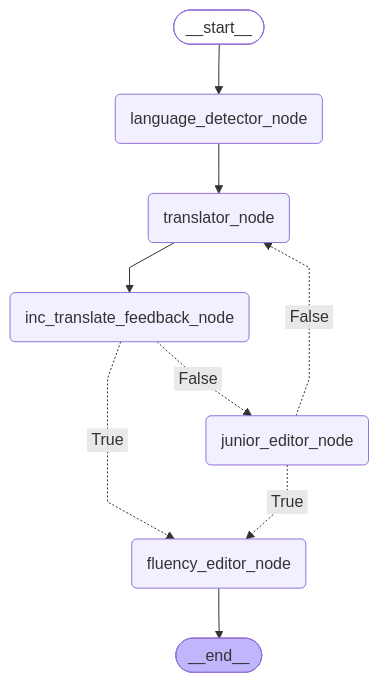
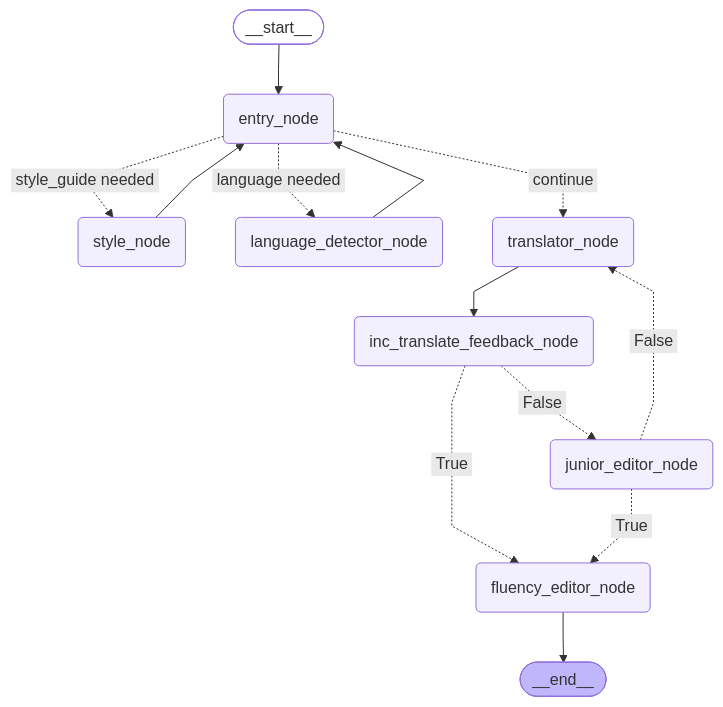
The diagram in workflow_graph.md (dargem/BabbleFishv2), drawn with Mermaid before and after one commit. The commit also changed 4 other files, not shown here.

````diff
--- a/workflow_graph.md
+++ b/workflow_graph.md
@@ -3,27 +3,33 @@
 ```mermaid
 ---
 config:
   flowchart:
     curve: linear
 ---
 graph TD;
 	__start__([<p>__start__</p>]):::first
+	entry_node(entry_node)
+	style_node(style_node)
 	language_detector_node(language_detector_node)
 	translator_node(translator_node)
 	junior_editor_node(junior_editor_node)
 	inc_translate_feedback_node(inc_translate_feedback_node)
 	fluency_editor_node(fluency_editor_node)
 	__end__([<p>__end__</p>]):::last
-	__start__ --> language_detector_node;
+	__start__ --> entry_node;
+	entry_node -. &nbsp;language needed&nbsp; .-> language_detector_node;
+	entry_node -. &nbsp;style_guide needed&nbsp; .-> style_node;
+	entry_node -. &nbsp;continue&nbsp; .-> translator_node;
 	inc_translate_feedback_node -. &nbsp;True&nbsp; .-> fluency_editor_node;
 	inc_translate_feedback_node -. &nbsp;False&nbsp; .-> junior_editor_node;
 	junior_editor_node -. &nbsp;True&nbsp; .-> fluency_editor_node;
 	junior_editor_node -. &nbsp;False&nbsp; .-> translator_node;
-	language_detector_node --> translator_node;
+	language_detector_node --> entry_node;
+	style_node --> entry_node;
 	translator_node --> inc_translate_feedback_node;
 	fluency_editor_node --> __end__;
 	classDef default fill:#f2f0ff,line-height:1.2
 	classDef first fill-opacity:0
 	classDef last fill:#bfb6fc
 
 ```
````
